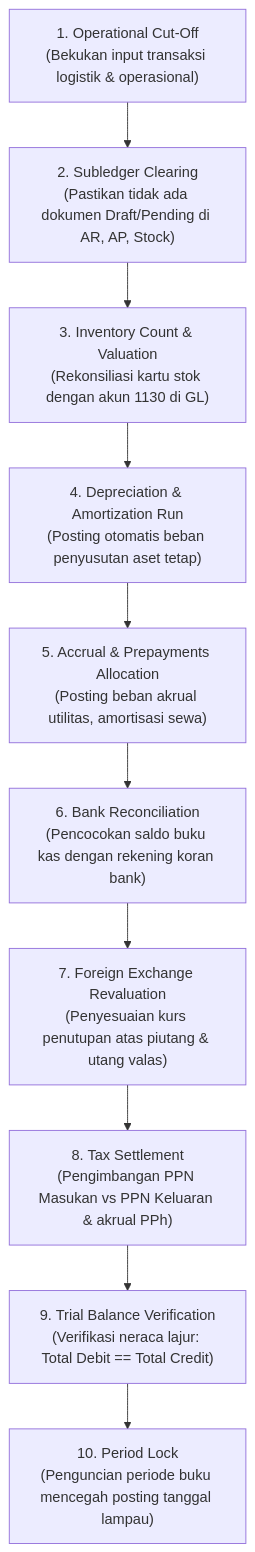
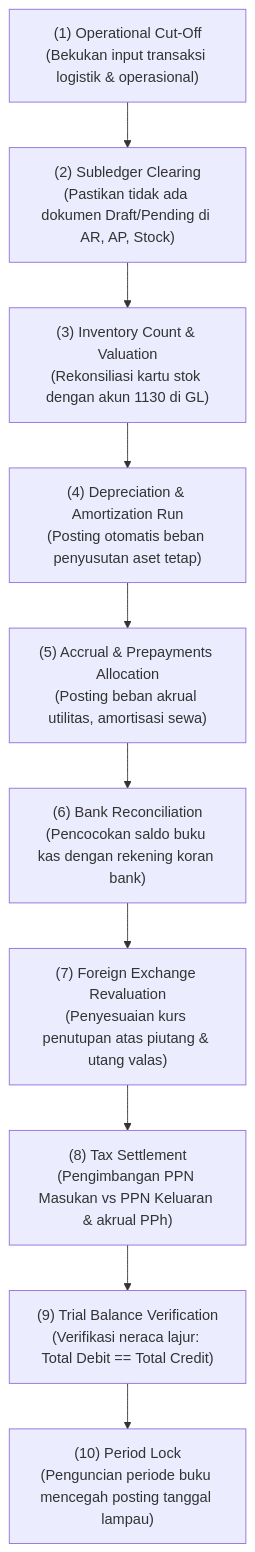
One commit to alimurrofid/erp-notes changed the diagram in content/02-accounting/period-end-closing.md. Above: the diagram before and after it, drawn with Mermaid. The commit also changed 132 other files, not shown here.

````diff
--- a/content/02-accounting/period-end-closing.md
+++ b/content/02-accounting/period-end-closing.md
@@ -34,13 +34,13 @@
 ```mermaid
 flowchart TD
-    Step1["1. Operational Cut-Off<br/>(Bekukan input transaksi logistik & operasional)"]
-    --> Step2["2. Subledger Clearing<br/>(Pastikan tidak ada dokumen Draft/Pending di AR, AP, Stock)"]
-    --> Step3["3. Inventory Count & Valuation<br/>(Rekonsiliasi kartu stok dengan akun 1130 di GL)"]
-    --> Step4["4. Depreciation & Amortization Run<br/>(Posting otomatis beban penyusutan aset tetap)"]
-    --> Step5["5. Accrual & Prepayments Allocation<br/>(Posting beban akrual utilitas, amortisasi sewa)"]
-    --> Step6["6. Bank Reconciliation<br/>(Pencocokan saldo buku kas dengan rekening koran bank)"]
-    --> Step7["7. Foreign Exchange Revaluation<br/>(Penyesuaian kurs penutupan atas piutang & utang valas)"]
-    --> Step8["8. Tax Settlement<br/>(Pengimbangan PPN Masukan vs PPN Keluaran & akrual PPh)"]
-    --> Step9["9. Trial Balance Verification<br/>(Verifikasi neraca lajur: Total Debit == Total Credit)"]
-    --> Step10["10. Period Lock<br/>(Penguncian periode buku mencegah posting tanggal lampau)"]
+    Step1["(1) Operational Cut-Off<br/>(Bekukan input transaksi logistik & operasional)"]
+    --> Step2["(2) Subledger Clearing<br/>(Pastikan tidak ada dokumen Draft/Pending di AR, AP, Stock)"]
+    --> Step3["(3) Inventory Count & Valuation<br/>(Rekonsiliasi kartu stok dengan akun 1130 di GL)"]
+    --> Step4["(4) Depreciation & Amortization Run<br/>(Posting otomatis beban penyusutan aset tetap)"]
+    --> Step5["(5) Accrual & Prepayments Allocation<br/>(Posting beban akrual utilitas, amortisasi sewa)"]
+    --> Step6["(6) Bank Reconciliation<br/>(Pencocokan saldo buku kas dengan rekening koran bank)"]
+    --> Step7["(7) Foreign Exchange Revaluation<br/>(Penyesuaian kurs penutupan atas piutang & utang valas)"]
+    --> Step8["(8) Tax Settlement<br/>(Pengimbangan PPN Masukan vs PPN Keluaran & akrual PPh)"]
+    --> Step9["(9) Trial Balance Verification<br/>(Verifikasi neraca lajur: Total Debit == Total Credit)"]
+    --> Step10["(10) Period Lock<br/>(Penguncian periode buku mencegah posting tanggal lampau)"]
 ```
````
